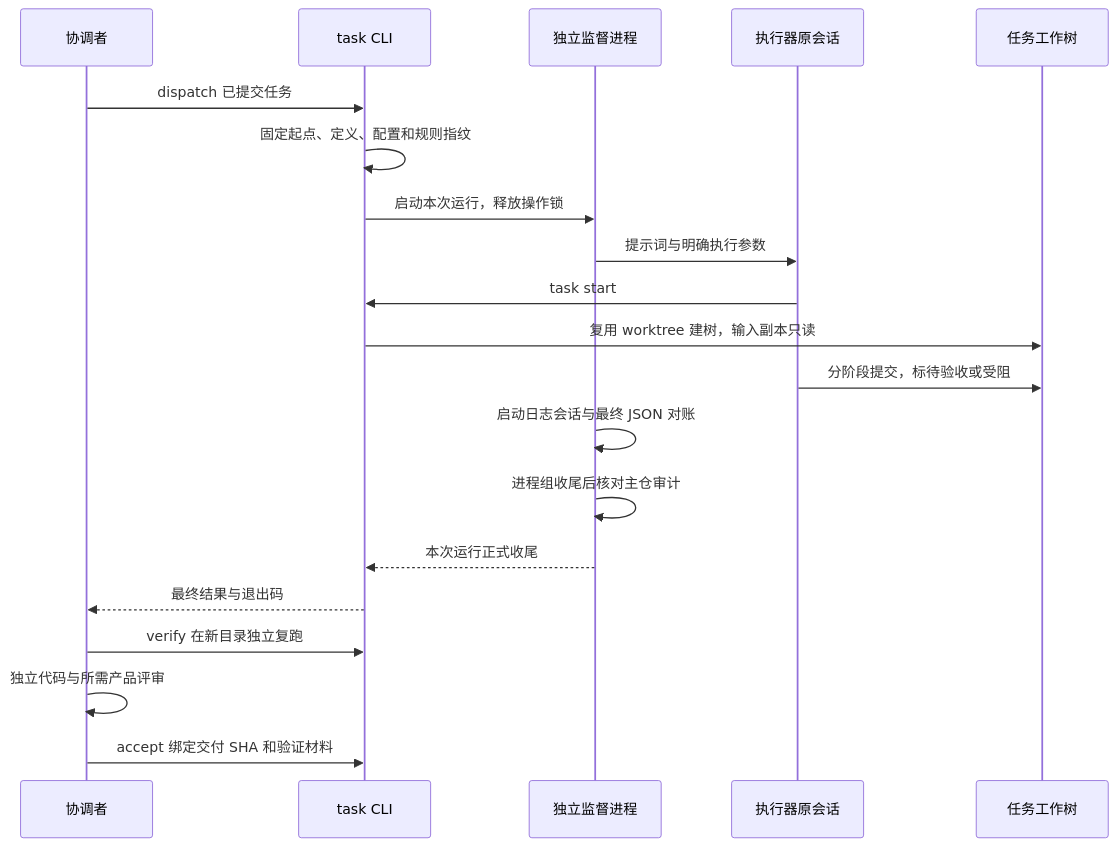
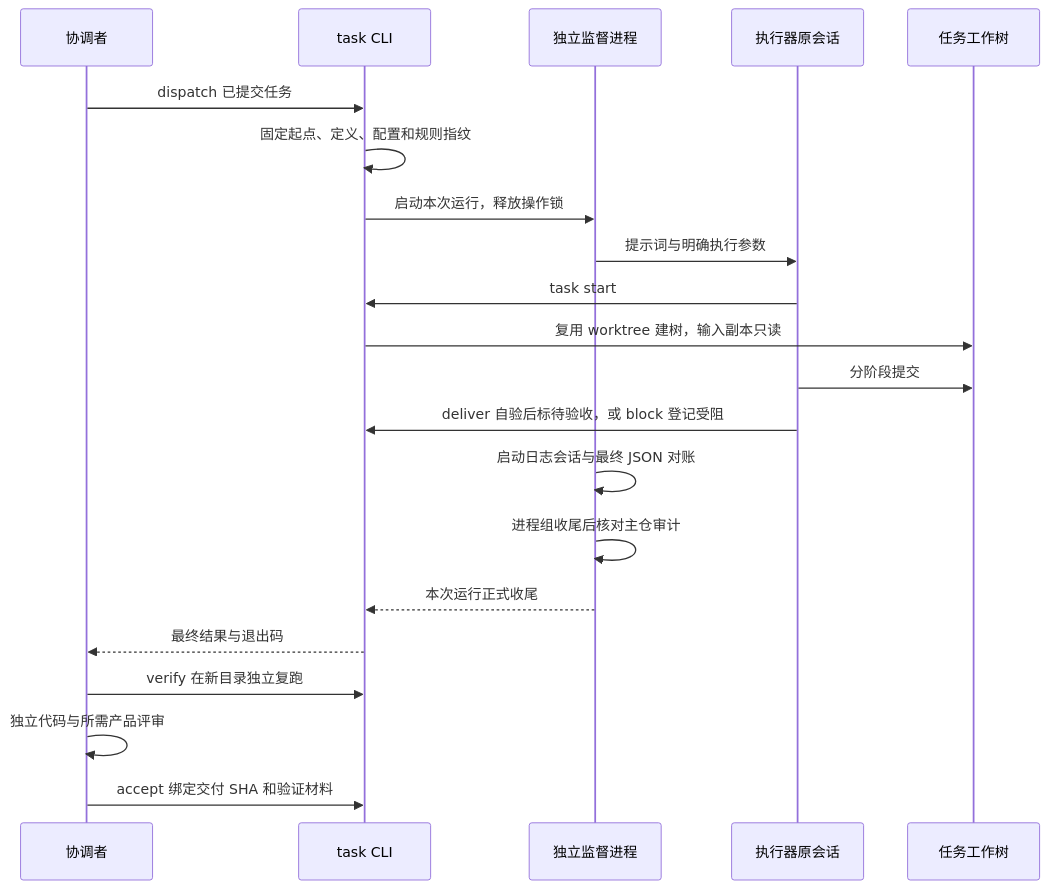
The diagram in docs/架构算法/任务协作.md (iazrael/nexus-kit), drawn with Mermaid before and after one commit. The commit also changed other lines of this file and 22 other files, not shown here.

Commit message:
feat(devflow): 新增 task deliver/block 执行者交付关卡与 preflight 派发预检

````diff
--- a/docs/架构算法/任务协作.md
+++ b/docs/架构算法/任务协作.md
@@ -11,22 +11,23 @@
 ```mermaid
 sequenceDiagram
   participant C as 协调者
   participant T as task CLI
   participant S as 独立监督进程
   participant A as 执行器原会话
   participant W as 任务工作树
   C->>T: dispatch 已提交任务
   T->>T: 固定起点、定义、配置和规则指纹
   T->>S: 启动本次运行，释放操作锁
   S->>A: 提示词与明确执行参数
   A->>T: task start
   T->>W: 复用 worktree 建树，输入副本只读
-  A->>W: 分阶段提交，标待验收或受阻
+  A->>W: 分阶段提交
+  A->>T: deliver 自验后标待验收，或 block 登记受阻
   S->>S: 启动日志会话与最终 JSON 对账
   S->>S: 进程组收尾后核对主仓审计
   S-->>T: 本次运行正式收尾
   T-->>C: 最终结果与退出码
   C->>T: verify 在新目录独立复跑
   C->>C: 独立代码与所需产品评审
   C->>T: accept 绑定交付 SHA 和验证材料
 ```
````
